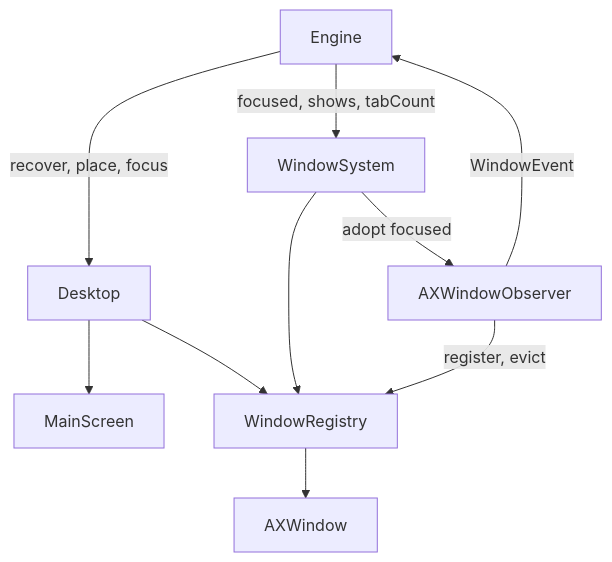
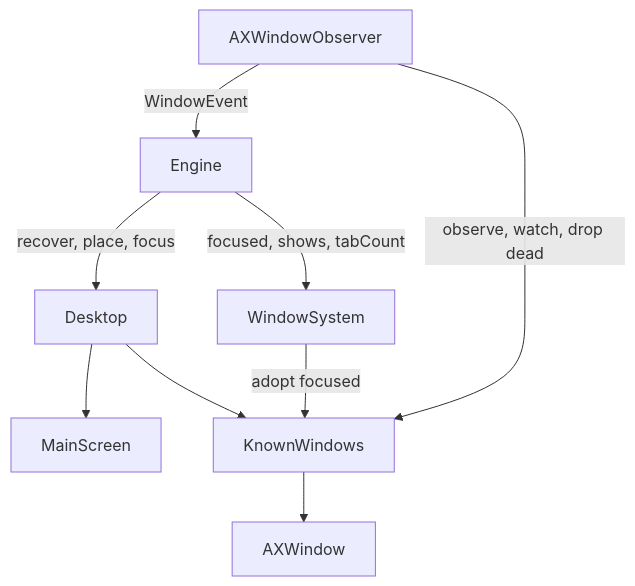
Before and after one commit to brennovich/ottowm: the fifth of 16 diagrams in ARCHITECTURE.md, drawn with Mermaid. The commit also changed other lines of this file and 11 other files, not shown here.

First line of the commit message:
Move the AX subscriptions into KnownWindows

````diff
--- a/ARCHITECTURE.md
+++ b/ARCHITECTURE.md
@@ -113,12 +113,11 @@
 ```mermaid
 flowchart TB
     Engine -->|recover, place, focus| Desktop
     Engine -->|focused, shows, tabCount| WindowSystem
     AXWindowObserver -->|WindowEvent| Engine
     Desktop --> MainScreen
-    Desktop --> WindowRegistry
-    WindowSystem --> WindowRegistry
-    WindowSystem -->|adopt focused| AXWindowObserver
-    AXWindowObserver -->|register, evict| WindowRegistry
-    WindowRegistry --> AXWindow
+    Desktop --> KnownWindows
+    WindowSystem -->|adopt focused| KnownWindows
+    AXWindowObserver -->|observe, watch, drop dead| KnownWindows
+    KnownWindows --> AXWindow
 ```
````
